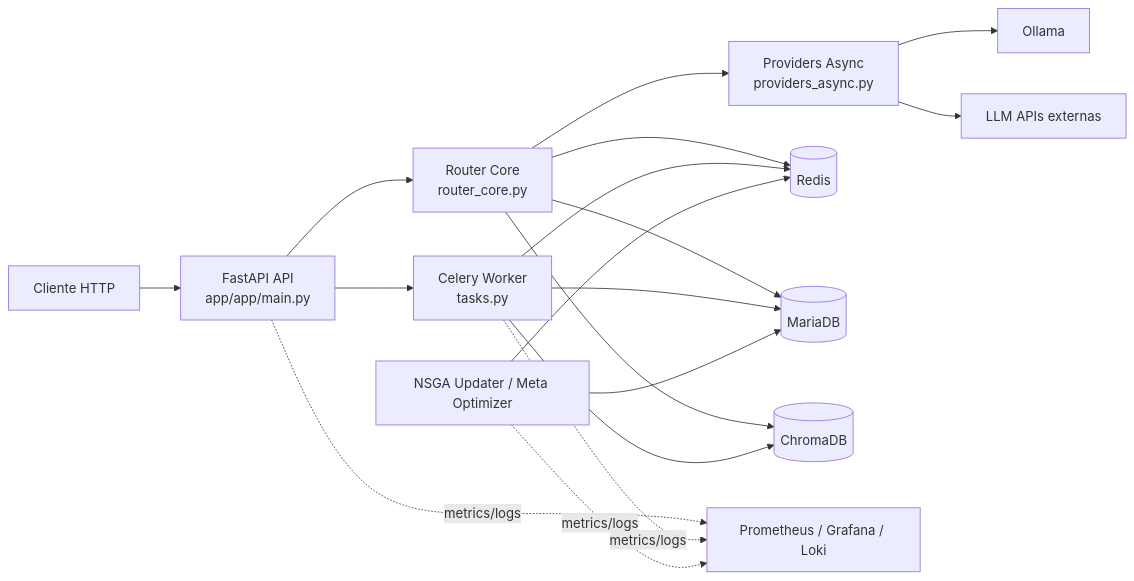
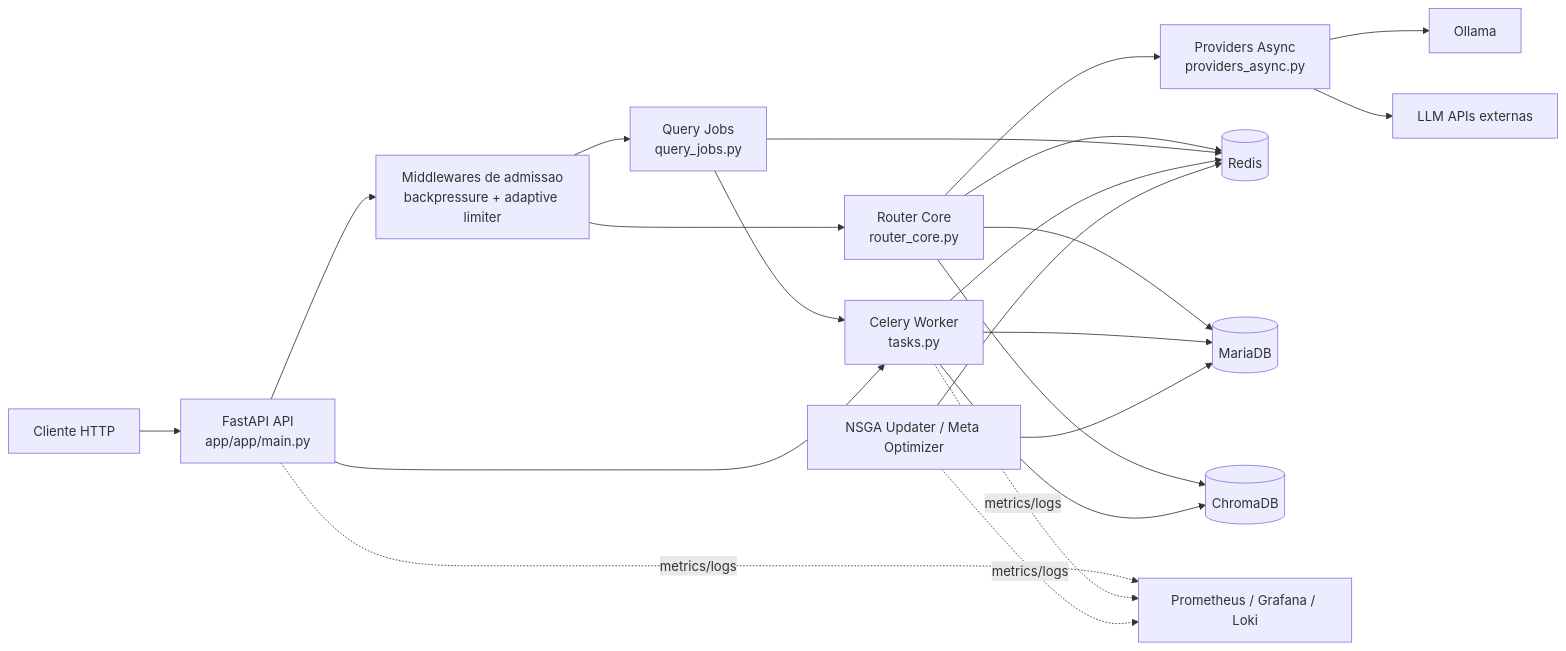
Before and after one commit to jeffersonduartebr/iag_forall: the third of 6 diagrams in README.md, drawn with Mermaid. The commit also changed other lines of this file and 3 other files, not shown here.

First line of the commit message:
docs: refresh diagrams for async query flow and new response contract

````diff
--- a/README.md
+++ b/README.md
@@ -63,33 +64,39 @@
 ```mermaid
 flowchart LR
     Client[Cliente HTTP]
     API[FastAPI API<br/>app/app/main.py]
+    Admission[Middlewares de admissao<br/>backpressure + adaptive limiter]
     Router[Router Core<br/>router_core.py]
+    QueryJobs[Query Jobs<br/>query_jobs.py]
     Providers[Providers Async<br/>providers_async.py]
     Ollama[Ollama]
     External[LLM APIs externas]
     Redis[(Redis)]
     MariaDB[(MariaDB)]
     Chroma[(ChromaDB)]
     Celery[Celery Worker<br/>tasks.py]
     NSGA[NSGA Updater / Meta Optimizer]
     Obs[Prometheus / Grafana / Loki]
 
     Client --> API
-    API --> Router
+    API --> Admission
+    Admission --> Router
+    Admission --> QueryJobs
     Router --> Redis
     Router --> Chroma
     Router --> MariaDB
     Router --> Providers
+    QueryJobs --> Redis
+    QueryJobs --> Celery
     Providers --> Ollama
     Providers --> External
     API --> Celery
     Celery --> MariaDB
     Celery --> Redis
     Celery --> Chroma
     NSGA --> MariaDB
     NSGA --> Redis
     API -. metrics/logs .-> Obs
     Celery -. metrics/logs .-> Obs
     NSGA -. metrics/logs .-> Obs
 ```
````
